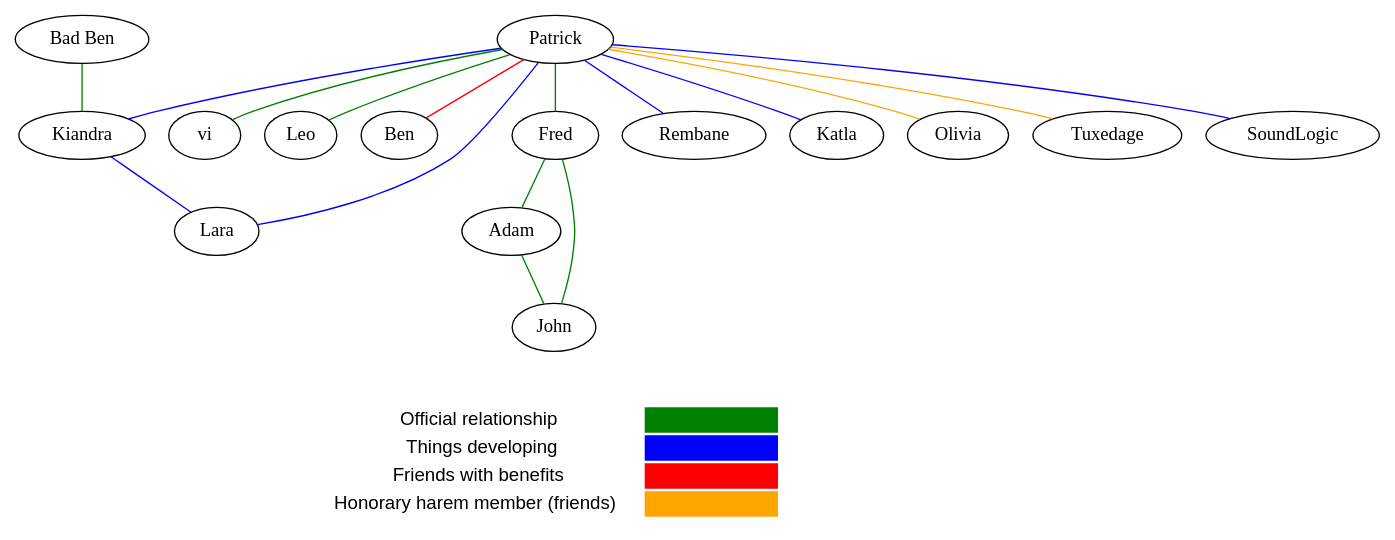
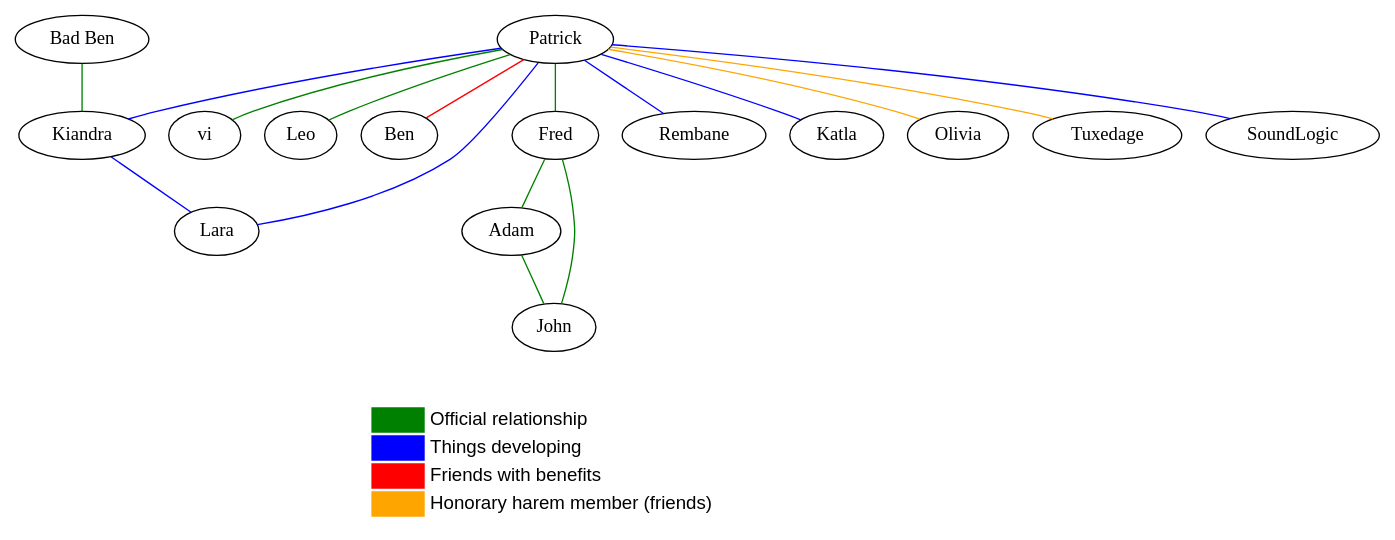
One commit to Cradam/polygraph changed the diagram in src/harem.dot. Above: the diagram before and after it, drawn with Graphviz.

Commit message:
Right align legend text, rearrange columns of same.

```diff
--- a/src/harem.dot
+++ b/src/harem.dot
@@ -1,42 +1,54 @@
 graph harem {
   patrick [label="Patrick"]
   vi [label="vi"]
   patrick -- vi [color=green]
   leo [label="Leo"]
   patrick -- leo [color=green]
   ben [label="Ben"]
   patrick -- ben [color=red]
   kiandra [label="Kiandra"]
   patrick -- kiandra [color=blue]
   lara [label="Lara"]
   patrick -- lara [color=blue]
   kiandra -- lara [color=blue]
   badben [label="Bad Ben"]
   badben -- kiandra [color=green]
   fred [label="Fred"]
   patrick -- fred [color=green]
   adam [label="Adam"]
   john [label="John"]
   fred -- john [color=green]
   fred -- adam -- john [color=green]
   rembane [label="Rembane"]
   patrick -- rembane [color=blue]
   katla [label="Katla"]
   patrick -- katla [color=blue]
   olivia [label="Olivia"]
   patrick -- olivia [color=orange]
   tuxedage [label="Tuxedage"]
   patrick -- tuxedage [color=orange]
   soundlogic [label="SoundLogic"]
   patrick -- soundlogic [color=blue]
   { rank = sink;
     Legend [shape=none, label=<
       <table border="0">
-        <tr><td><font face="sans-serif">Official relationship</font></td><td width="100px" bgcolor="green"></td></tr>
-        <tr><td><font face="sans-serif">Things developing</font></td><td width="100px" bgcolor="blue"></td></tr>
-        <tr><td><font face="sans-serif">Friends with benefits</font></td><td width="100px" bgcolor="red"></td></tr>
-        <tr><td><font face="sans-serif">Honorary harem member (friends)</font></td><td width="100px" bgcolor="orange"></td></tr>
+        <tr>
+          <td width="40px" bgcolor="green"></td>
+          <td align="left"><font face="sans-serif">Official relationship</font></td>
+        </tr>
+        <tr>
+          <td width="40px" bgcolor="blue"></td>
+          <td align="left"><font face="sans-serif">Things developing</font></td>
+        </tr>
+        <tr>
+          <td width="40px" bgcolor="red"></td>
+          <td align="left"><font face="sans-serif">Friends with benefits</font></td>
+        </tr>
+        <tr>
+          <td width="40px" bgcolor="orange"></td>
+          <td align="left"><font face="sans-serif">Honorary harem member (friends)</font></td>
+        </tr>
       </table>
     >];
   }
 }
```
